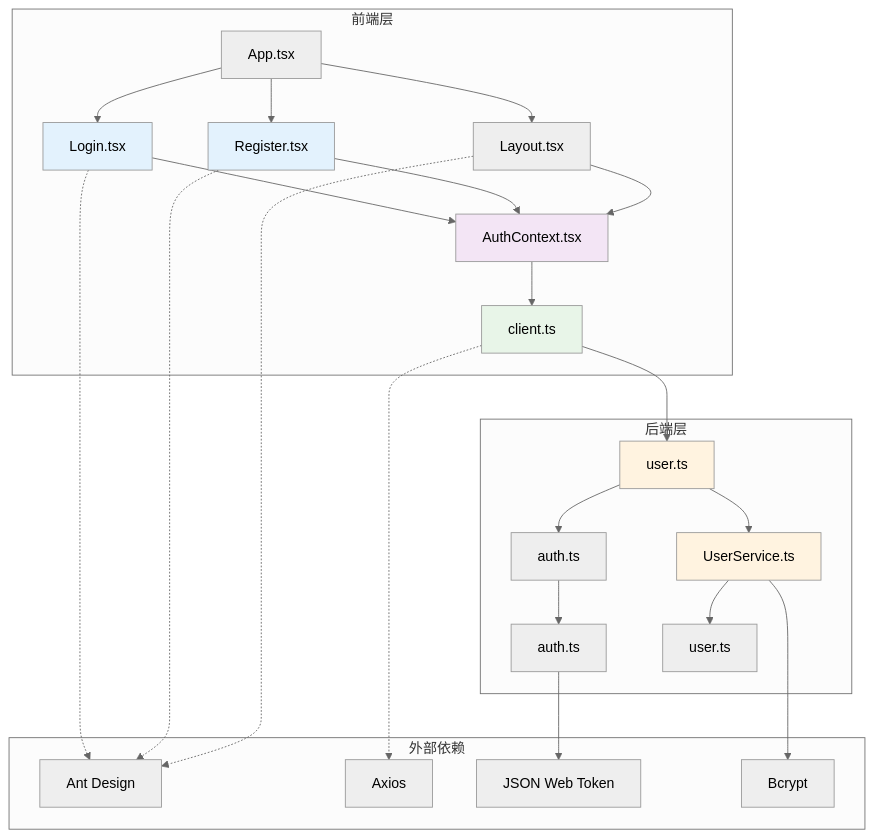
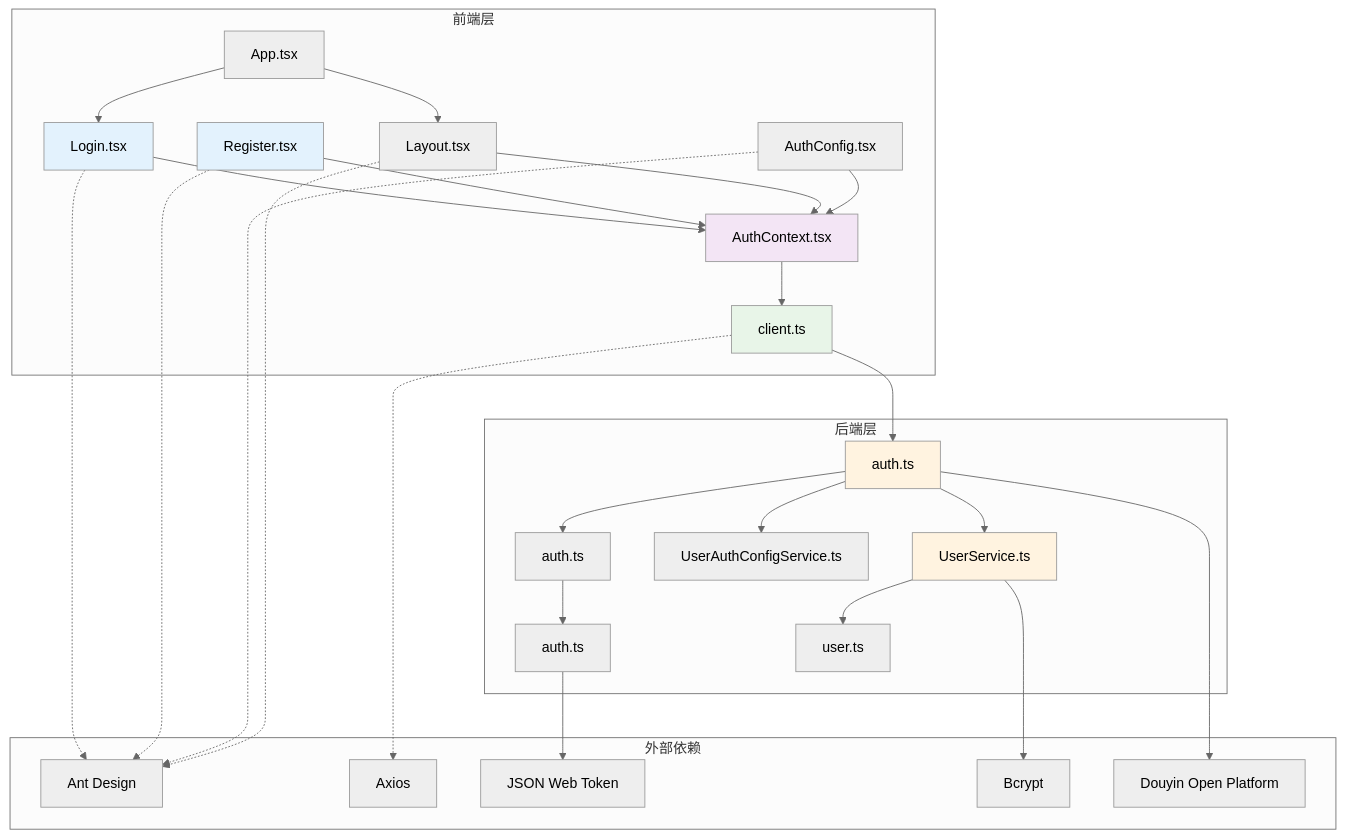
Before and after one commit to songdiyang/clawOperations: diagram 13 of 13 in .qoder/repowiki/zh/content/核心模块详解/Web界面系统/登录注册页面.md, drawn with Mermaid (neutral theme). The commit also changed other lines of this file and 52 other files, not shown here.

````diff
--- a/.qoder/repowiki/zh/content/核心模块详解/Web界面系统/登录注册页面.md
+++ b/.qoder/repowiki/zh/content/核心模块详解/Web界面系统/登录注册页面.md
@@ -324,48 +501,54 @@
 ```mermaid
 graph TB
 subgraph "前端层"
 Login[Login.tsx]
 Register[Register.tsx]
 AuthContext[AuthContext.tsx]
 API[client.ts]
 App[App.tsx]
 Layout[Layout.tsx]
+AuthConfig[AuthConfig.tsx]
 end
 subgraph "后端层"
-UserRoutes[user.ts]
+AuthRoutes[auth.ts]
 AuthService[UserService.ts]
+AuthConfigService[UserAuthConfigService.ts]
 AuthMiddleware[auth.ts]
 AuthUtils[auth.ts]
 UserModel[user.ts]
 end
 subgraph "外部依赖"
 AntD[Ant Design]
 Axios[Axios]
 JWT[JSON Web Token]
 BCrypt[Bcrypt]
+DouyinAPI[Douyin Open Platform]
 end
 Login --> AuthContext
 Register --> AuthContext
 AuthContext --> API
 App --> Login
-App --> Register
 App --> Layout
 Layout --> AuthContext
-API --> UserRoutes
-UserRoutes --> AuthService
+AuthConfig --> AuthContext
+API --> AuthRoutes
+AuthRoutes --> AuthService
+AuthRoutes --> AuthConfigService
 AuthService --> UserModel
-UserRoutes --> AuthMiddleware
+AuthRoutes --> AuthMiddleware
 AuthMiddleware --> AuthUtils
 AuthUtils --> JWT
 AuthService --> BCrypt
+AuthRoutes --> DouyinAPI
 Login -.-> AntD
 Register -.-> AntD
+AuthConfig -.-> AntD
 Layout -.-> AntD
 API -.-> Axios
 style Login fill:#e3f2fd
 style Register fill:#e3f2fd
 style AuthContext fill:#f3e5f5
 style API fill:#e8f5e8
-style UserRoutes fill:#fff3e0
+style AuthRoutes fill:#fff3e0
 style AuthService fill:#fff3e0
 ```
````
